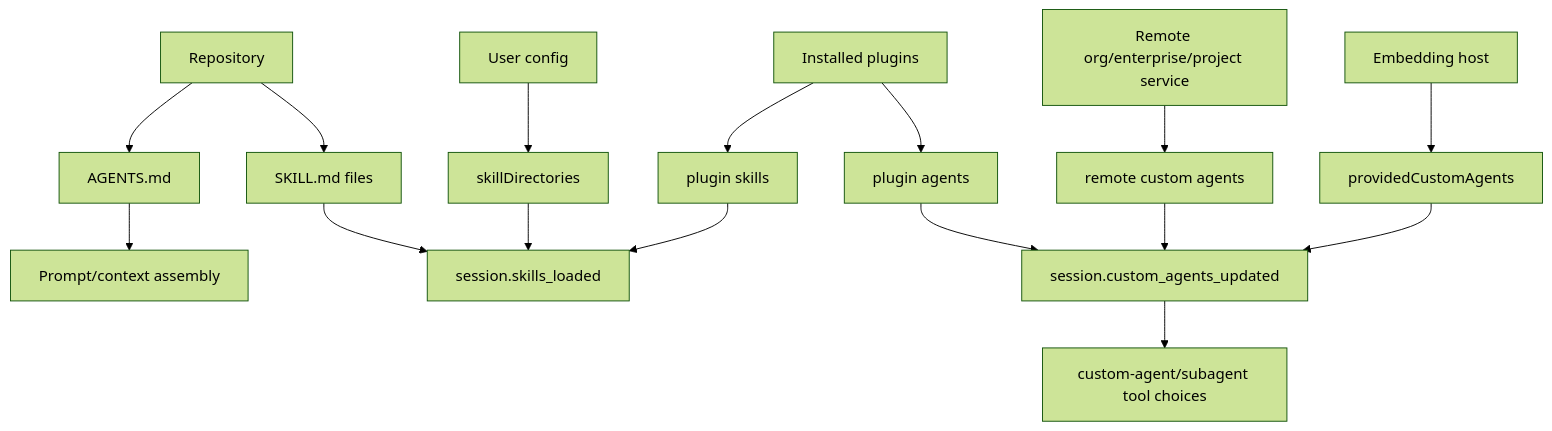
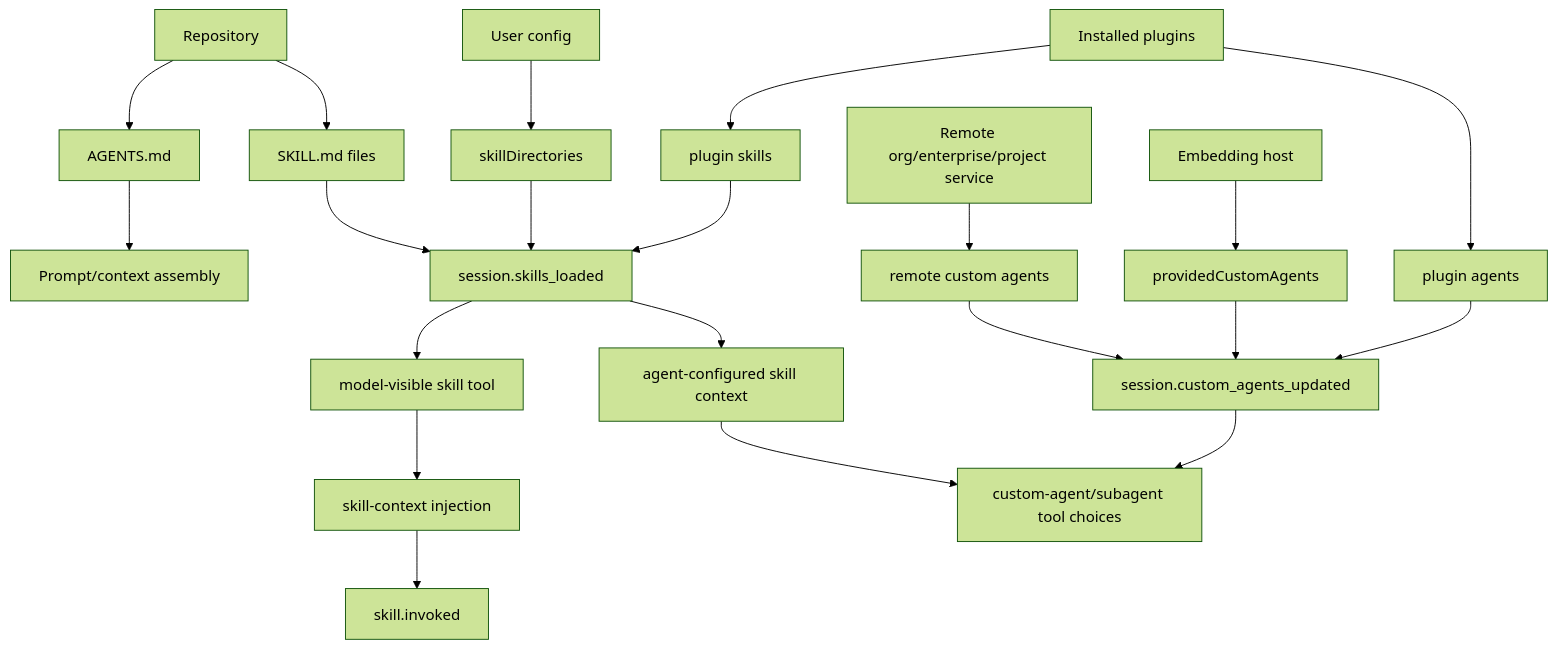
One commit to vibewatch/copilot-cli-internals changed the first of 3 diagrams in docs/02-context-and-input/custom-agents-and-skills-packaging.md. Above: the diagram before and after it, drawn with Mermaid (forest theme). The commit also changed other lines of this file and 8 other files, not shown here.

````diff
--- a/docs/02-context-and-input/custom-agents-and-skills-packaging.md
+++ b/docs/02-context-and-input/custom-agents-and-skills-packaging.md
@@ -33,18 +38,23 @@
 ```mermaid
 flowchart TD
     Repo[Repository] --> AgentsMd[AGENTS.md]
     Repo --> SkillsDir[SKILL.md files]
     User[User config] --> SkillDirectories[skillDirectories]
     Plugins[Installed plugins] --> PluginSkills[plugin skills]
     Plugins --> PluginAgents[plugin agents]
     Remote[Remote org/enterprise/project service] --> RemoteAgents[remote custom agents]
     Host[Embedding host] --> ProvidedAgents[providedCustomAgents]
     AgentsMd --> Prompt[Prompt/context assembly]
     SkillsDir --> SkillsLoaded[session.skills_loaded]
     PluginSkills --> SkillsLoaded
     SkillDirectories --> SkillsLoaded
     PluginAgents --> AgentsUpdated[session.custom_agents_updated]
     RemoteAgents --> AgentsUpdated
     ProvidedAgents --> AgentsUpdated
+    SkillsLoaded --> SkillTool[model-visible skill tool]
+    SkillTool --> SkillContext[skill-context injection]
+    SkillContext --> SkillInvoked[skill.invoked]
+    SkillsLoaded --> AgentSkillContext[agent-configured skill context]
+    AgentSkillContext --> AgentTools
     AgentsUpdated --> AgentTools[custom-agent/subagent tool choices]
 ```
````
